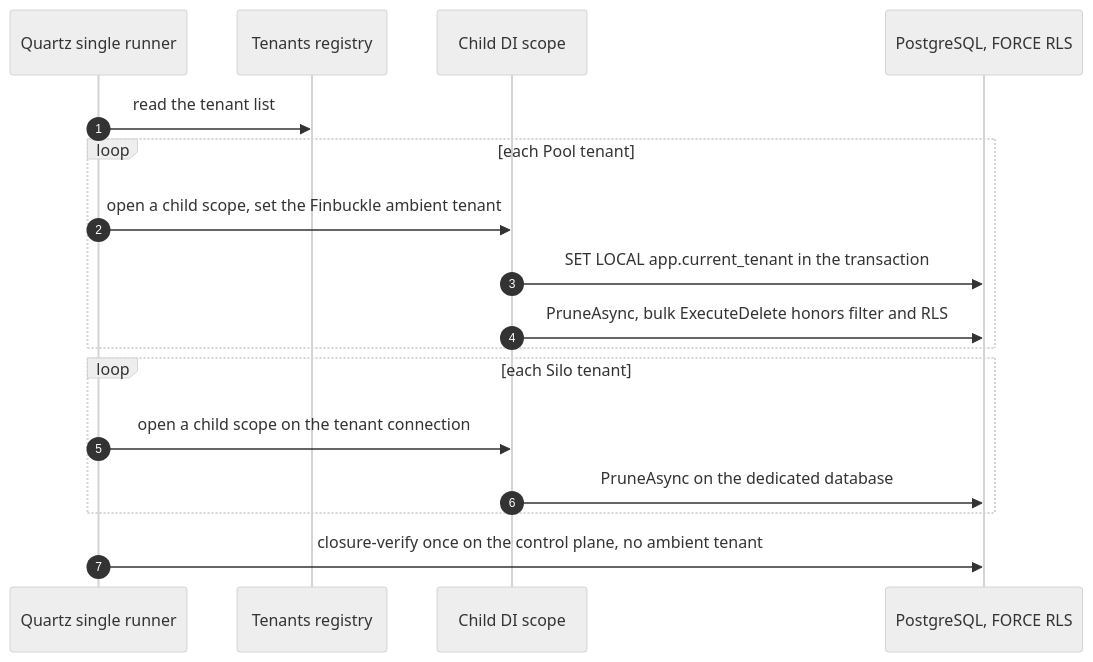
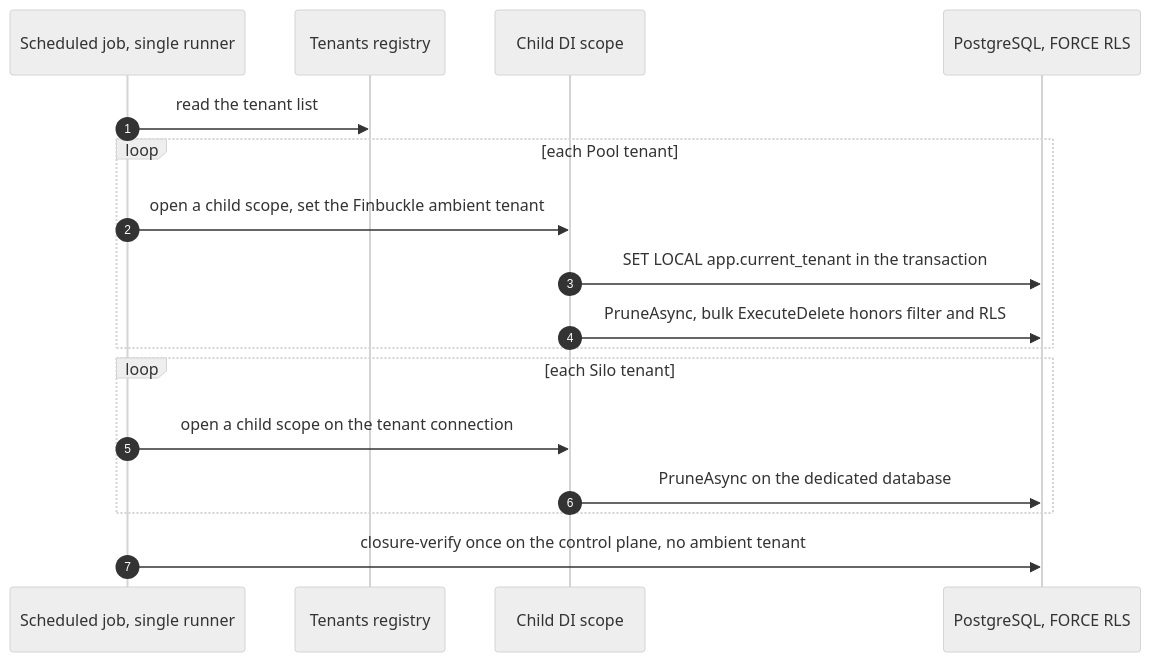
Before and after one commit to namphuongtran/nami: the ninth of 9 diagrams in docs/design/02-data.md, drawn with Mermaid (neutral theme). The commit also changed other lines of this file and 8 other files, not shown here.

````diff
--- a/docs/design/02-data.md
+++ b/docs/design/02-data.md
@@ -506,19 +790,19 @@
 ```mermaid
 sequenceDiagram
   autonumber
-  participant Q as Quartz single runner
+  participant Q as Scheduled job, single runner
   participant Reg as Tenants registry
   participant Scope as Child DI scope
   participant PG as PostgreSQL, FORCE RLS
   Q->>Reg: read the tenant list
   loop each Pool tenant
     Q->>Scope: open a child scope, set the Finbuckle ambient tenant
     Scope->>PG: SET LOCAL app.current_tenant in the transaction
     Scope->>PG: PruneAsync, bulk ExecuteDelete honors filter and RLS
   end
   loop each Silo tenant
     Q->>Scope: open a child scope on the tenant connection
     Scope->>PG: PruneAsync on the dedicated database
   end
   Q->>PG: closure-verify once on the control plane, no ambient tenant
 ```
````
